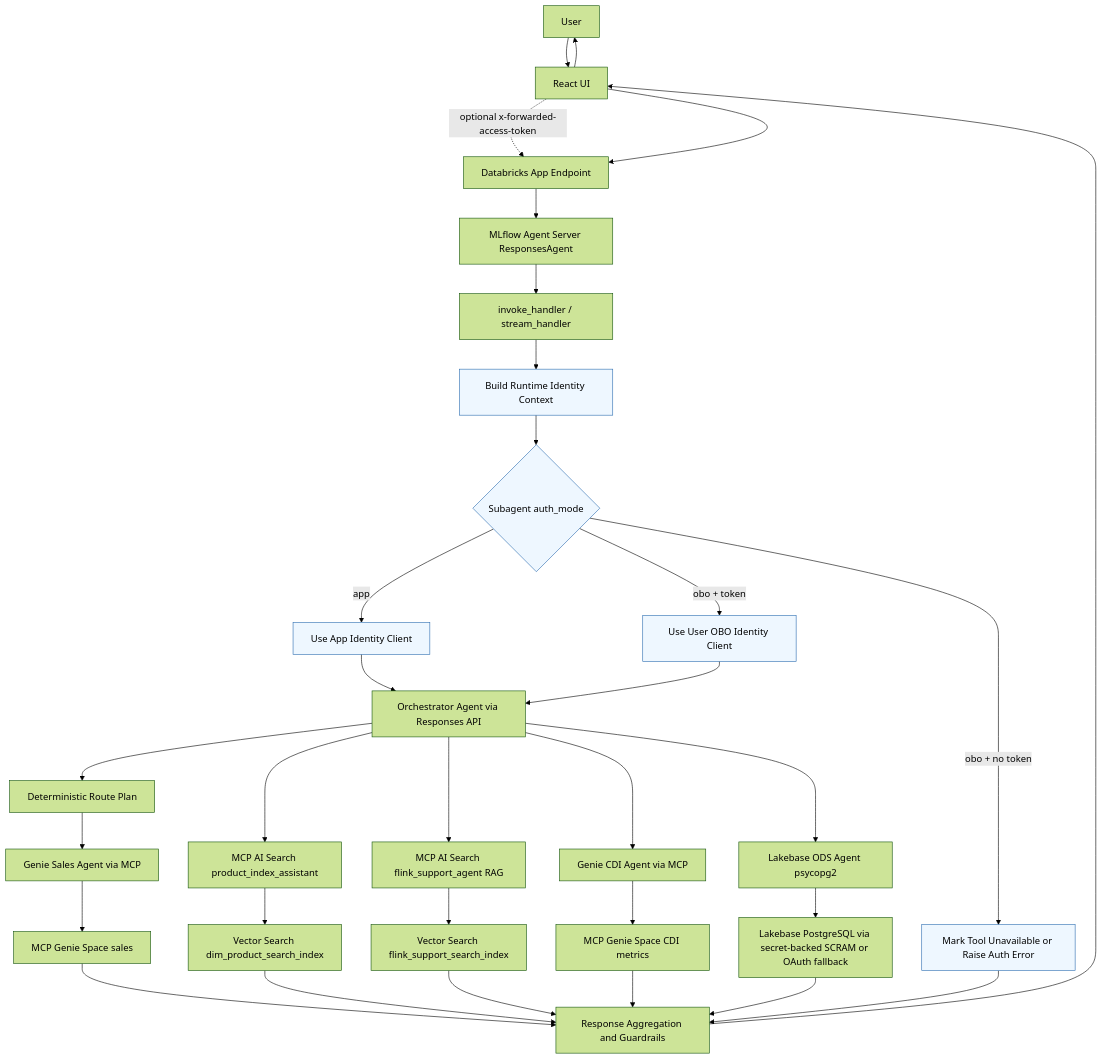
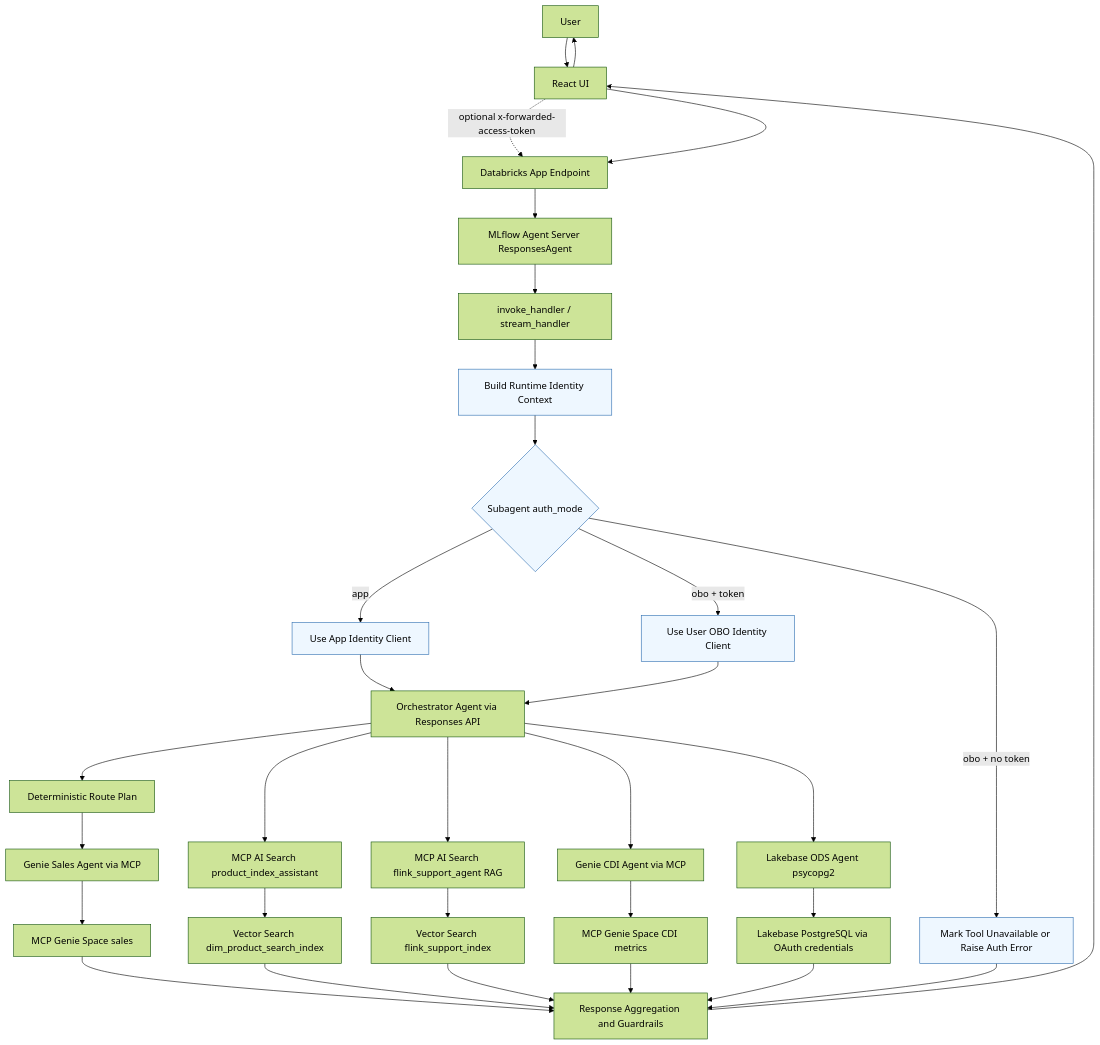
One commit to wchen-dea/Governed-Multi-Agent-Intelligence-on-Databricks changed the second of 2 diagrams in docs/architecture/high-level-architecture.md. Above: the diagram before and after it, drawn with Mermaid (forest theme). The commit also changed other lines of this file and 14 other files, not shown here.

````diff
--- a/docs/architecture/high-level-architecture.md
+++ b/docs/architecture/high-level-architecture.md
@@ -155,41 +153,41 @@
 ```mermaid
 flowchart TD
     U[User]
     U --> UI[React UI]
     UI -.optional x-forwarded-access-token.-> APP
     UI --> APP[Databricks App Endpoint]
     APP --> S[MLflow Agent Server ResponsesAgent]
     S --> H[invoke_handler / stream_handler]
     H --> C[Build Runtime Identity Context]
     C --> D{Subagent auth_mode}
     D -->|app| AID[Use App Identity Client]
     D -->|obo + token| OID[Use User OBO Identity Client]
     D -->|obo + no token| ERR[Mark Tool Unavailable or Raise Auth Error]
     AID --> O[Orchestrator Agent via Responses API]
     OID --> O
 
     O --> PLAN[Deterministic Route Plan]
     PLAN --> G[Genie Sales Agent via MCP]
     O --> K[MCP AI Search product_index_assistant]
     O --> F[MCP AI Search flink_support_agent RAG]
     O --> CDI[Genie CDI Agent via MCP]
     O --> LB[Lakebase ODS Agent psycopg2]
 
     G --> M[MCP Genie Space sales]
     K --> R1[Vector Search dim_product_search_index]
-    F --> R3[Vector Search flink_support_search_index]
+    F --> R3[Vector Search flink_support_index]
     CDI --> M2[MCP Genie Space CDI metrics]
-    LB --> PG[Lakebase PostgreSQL via secret-backed SCRAM or OAuth fallback]
+    LB --> PG[Lakebase PostgreSQL via OAuth credentials]
 
     M --> R[Response Aggregation and Guardrails]
     R1 --> R
     R3 --> R
     M2 --> R
     PG --> R
     ERR --> R
     R --> UI
     UI --> U
 
     classDef auth fill:#eef7ff,stroke:#2b6cb0,stroke-width:1px;
     class C,D,AID,OID,ERR auth;
 ```
````
